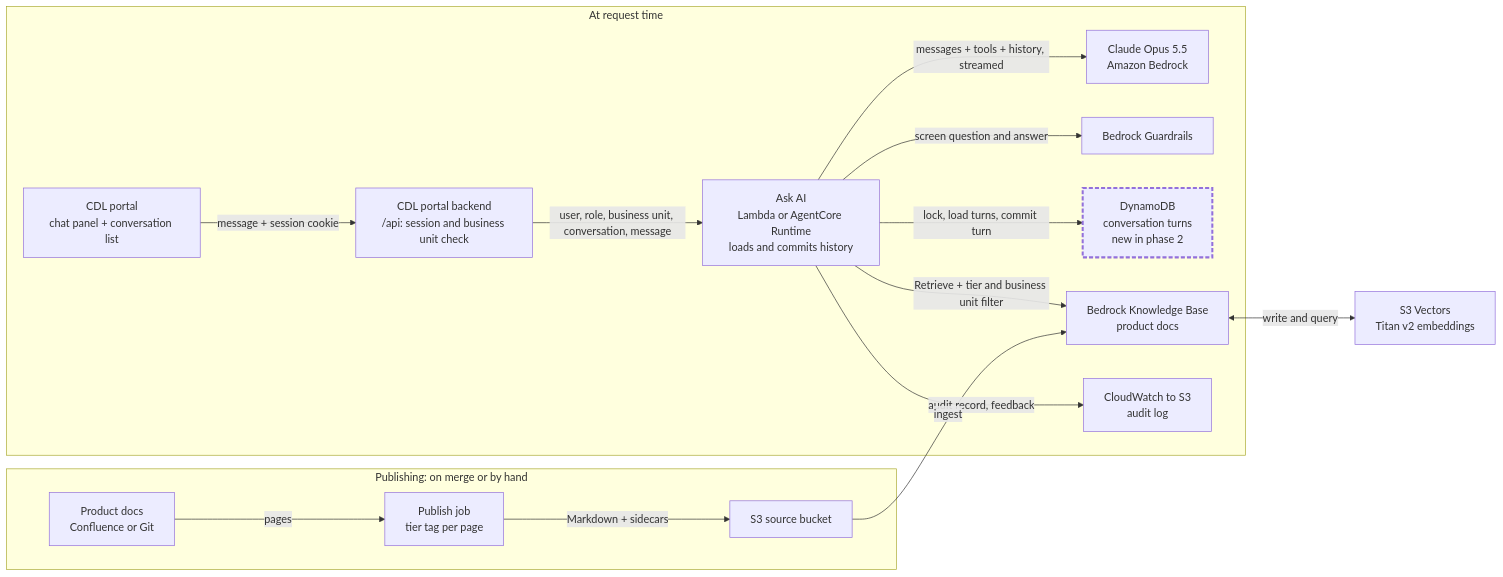
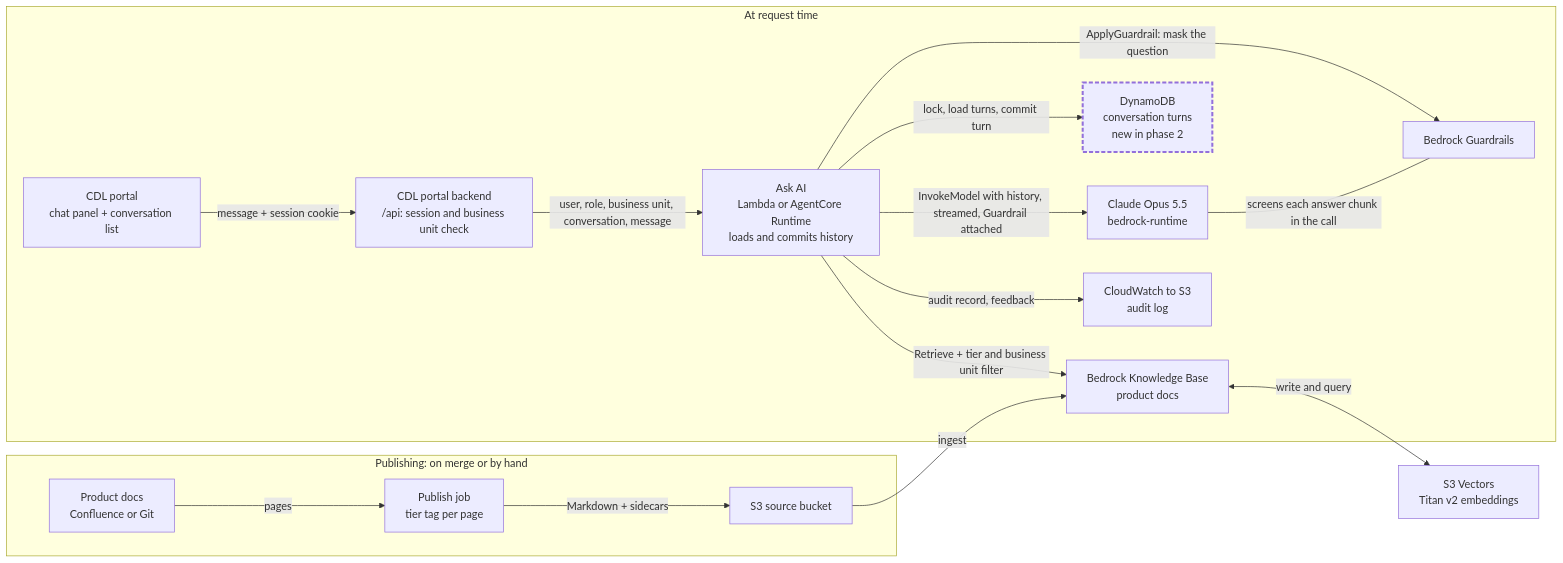
Before and after one commit to rutvik-madtech/newscorp-ask-ai: the fourth of 5 diagrams in docs/ASK_AI_PLAN.md, drawn with Mermaid. The commit also changed other lines of this file and 1 other file, not shown here.

First line of the commit message:
Ask AI plan: call Claude on bedrock-runtime with the Guardrail attached

````diff
--- a/docs/ASK_AI_PLAN.md
+++ b/docs/ASK_AI_PLAN.md
@@ -373,20 +382,21 @@
 ```mermaid
 flowchart LR
   subgraph REQ["At request time"]
     UI["CDL portal<br/>chat panel + conversation list"] -->|message + session cookie| PB["CDL portal backend<br/>/api: session and business unit check"]
     PB -->|user, role, business unit, conversation, message| ASK["Ask AI<br/>Lambda or AgentCore Runtime<br/>loads and commits history"]
-    ASK -->|messages + tools + history, streamed| CLAUDE["Claude Opus 5.5<br/>Amazon Bedrock"]
-    ASK -->|screen question and answer| GR["Bedrock Guardrails"]
+    ASK -->|InvokeModel with history, streamed, Guardrail attached| CLAUDE["Claude Opus 5.5<br/>bedrock-runtime"]
+    ASK -->|ApplyGuardrail: mask the question| GR["Bedrock Guardrails"]
+    CLAUDE ---|screens each answer chunk in the call| GR
     ASK -->|lock, load turns, commit turn| DDB["DynamoDB<br/>conversation turns<br/>new in phase 2"]
     ASK -->|Retrieve + tier and business unit filter| KB["Bedrock Knowledge Base<br/>product docs"]
     ASK -->|audit record, feedback| LOG["CloudWatch to S3<br/>audit log"]
   end
   KB <-->|write and query| VEC["S3 Vectors<br/>Titan v2 embeddings"]
   subgraph PUB["Publishing: on merge or by hand"]
     DOCS["Product docs<br/>Confluence or Git"] -->|pages| JOB["Publish job<br/>tier tag per page"]
     JOB -->|Markdown + sidecars| SRC["S3 source bucket"]
   end
   SRC -->|ingest| KB
   classDef added stroke-width:3px,stroke-dasharray:6 3
   class DDB added
 ```
````
